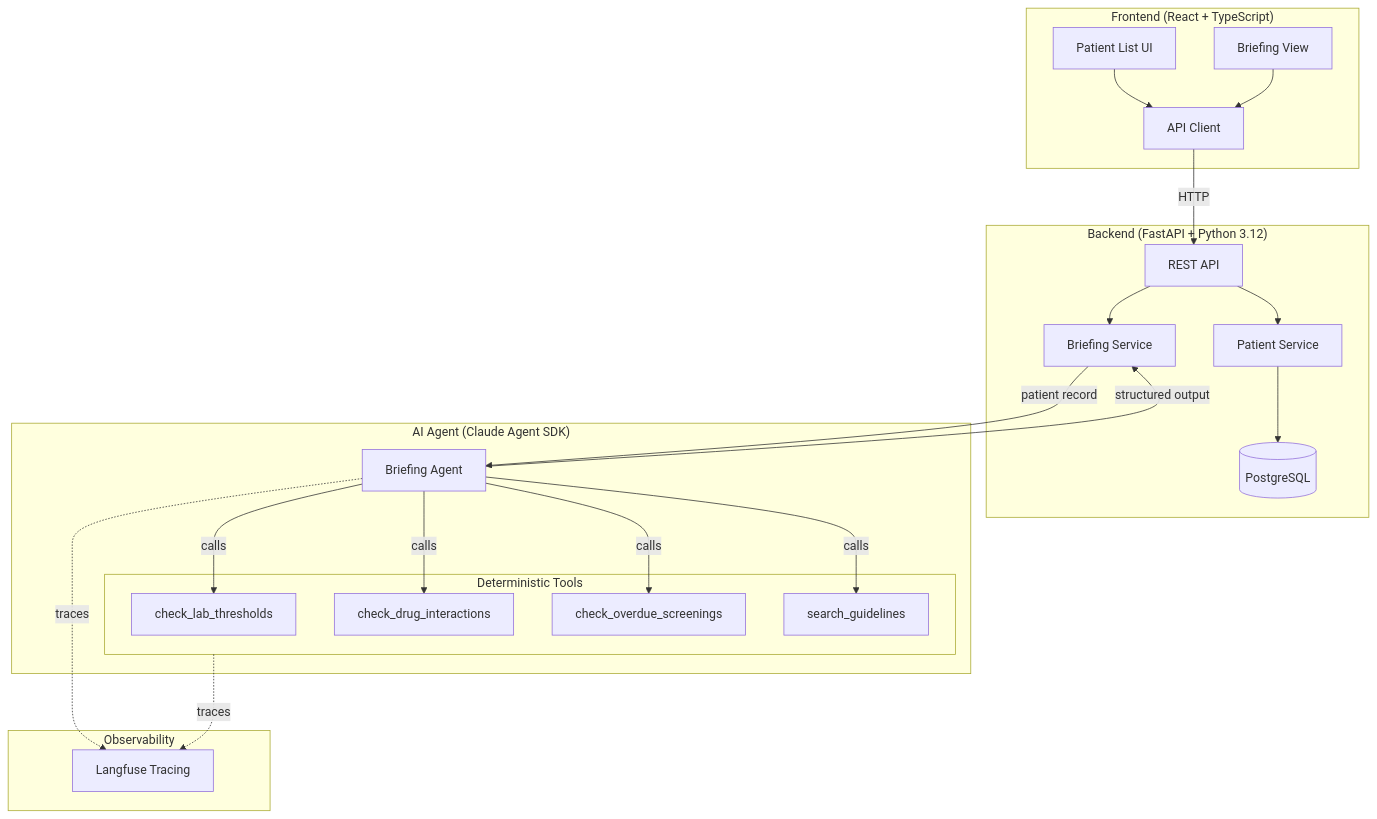
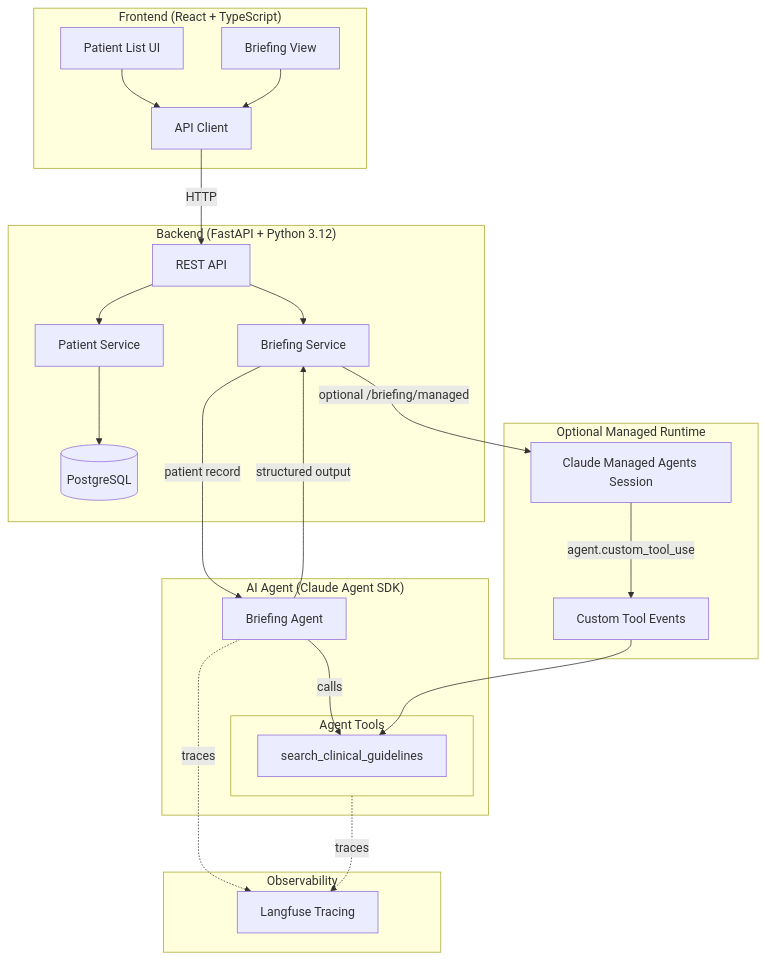
Before and after one commit to ramanshrivastava/build-ai-agents: the first of 3 diagrams in docs/ARCHITECTURE.md, drawn with Mermaid. The commit also changed other lines of this file and 20 other files, not shown here.

````diff
--- a/docs/ARCHITECTURE.md
+++ b/docs/ARCHITECTURE.md
@@ -5,48 +5,50 @@
 ```mermaid
 flowchart TB
     subgraph Frontend["Frontend (React + TypeScript)"]
         UI[Patient List UI]
         BriefingView[Briefing View]
         API_Client[API Client]
     end
 
     subgraph Backend["Backend (FastAPI + Python 3.12)"]
         API[REST API]
         PatientService[Patient Service]
         BriefingService[Briefing Service]
         DB[(PostgreSQL)]
     end
 
     subgraph Agent["AI Agent (Claude Agent SDK)"]
         BriefingAgent[Briefing Agent]
 
-        subgraph Tools["Deterministic Tools"]
-            LabTool[check_lab_thresholds]
-            DrugTool[check_drug_interactions]
-            ScreeningTool[check_overdue_screenings]
-            GuidelineTool[search_guidelines]
+        subgraph Tools["Agent Tools"]
+            GuidelineTool[search_clinical_guidelines]
         end
+    end
+
+    subgraph Managed["Optional Managed Runtime"]
+        ManagedSession[Claude Managed Agents Session]
+        ManagedTool[Custom Tool Events]
     end
 
     subgraph Observability["Observability"]
         Langfuse[Langfuse Tracing]
     end
 
     UI --> API_Client
     BriefingView --> API_Client
     API_Client -->|HTTP| API
 
     API --> PatientService
     API --> BriefingService
     PatientService --> DB
 
     BriefingService -->|patient record| BriefingAgent
-    BriefingAgent -->|calls| LabTool
-    BriefingAgent -->|calls| DrugTool
-    BriefingAgent -->|calls| ScreeningTool
     BriefingAgent -->|calls| GuidelineTool
     BriefingAgent -->|structured output| BriefingService
+    BriefingService -->|optional /briefing/managed| ManagedSession
+    ManagedSession -->|agent.custom_tool_use| ManagedTool
+    ManagedTool --> GuidelineTool
 
     BriefingAgent -.->|traces| Langfuse
     Tools -.->|traces| Langfuse
 ```
````
